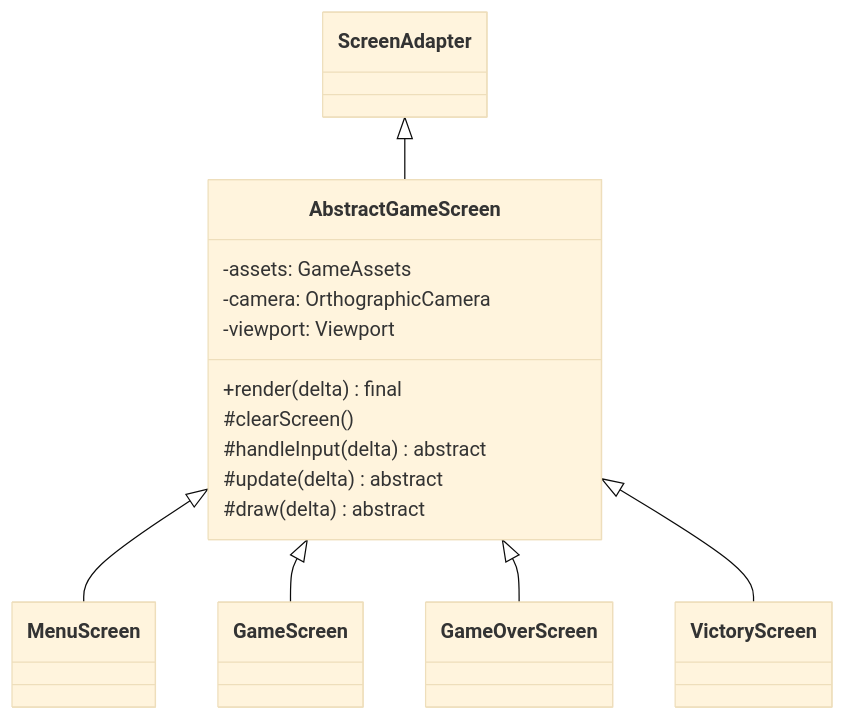
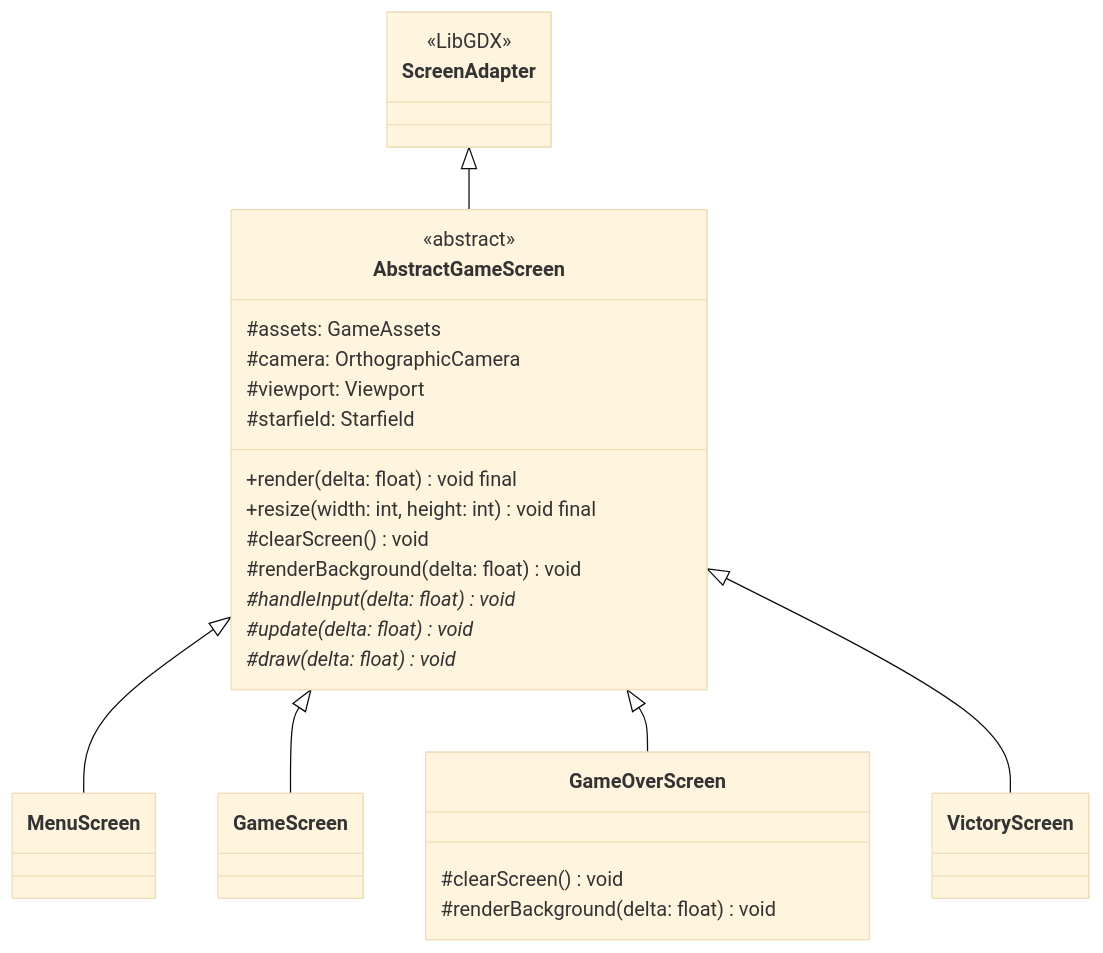
The third of 4 diagrams in REPORTE_PROYECTO.md (L3v1smpr/GameProject), drawn with Mermaid (base theme) before and after one commit. The commit also changed other lines of this file and 93 other files, not shown here.

````diff
--- a/REPORTE_PROYECTO.md
+++ b/REPORTE_PROYECTO.md
@@ -237,23 +283,33 @@
 ```mermaid
 classDiagram
-    class ScreenAdapter
+    class ScreenAdapter {
+        <<LibGDX>>
+    }
     class AbstractGameScreen {
-        -assets: GameAssets
-        -camera: OrthographicCamera
-        -viewport: Viewport
-        +render(delta) final
-        #clearScreen()
-        #handleInput(delta) abstract
-        #update(delta) abstract
-        #draw(delta) abstract
+        <<abstract>>
+        #assets: GameAssets
+        #camera: OrthographicCamera
+        #viewport: Viewport
+        #starfield: Starfield
+        +render(delta: float) void final
+        +resize(width: int, height: int) void final
+        #clearScreen() void
+        #renderBackground(delta: float) void
+        #handleInput(delta: float)* void
+        #update(delta: float)* void
+        #draw(delta: float)* void
     }
     class MenuScreen
     class GameScreen
-    class GameOverScreen
+    class GameOverScreen {
+        #clearScreen() void
+        #renderBackground(delta: float) void
+    }
     class VictoryScreen
+
     ScreenAdapter <|-- AbstractGameScreen
     AbstractGameScreen <|-- MenuScreen
     AbstractGameScreen <|-- GameScreen
     AbstractGameScreen <|-- GameOverScreen
     AbstractGameScreen <|-- VictoryScreen
 ```
````
